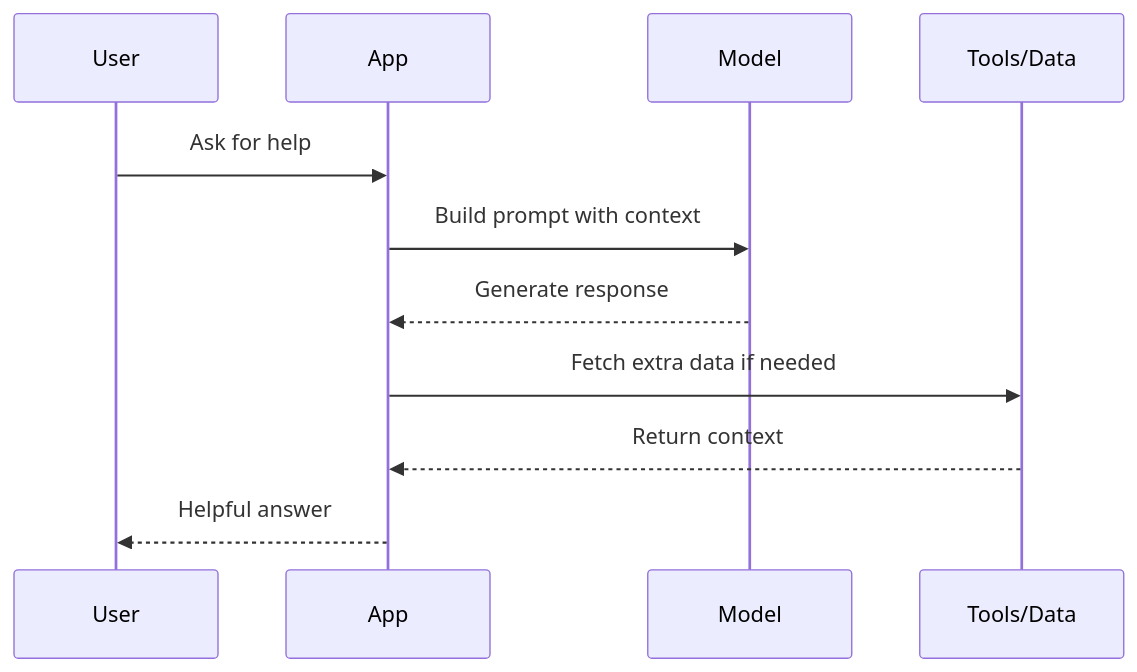
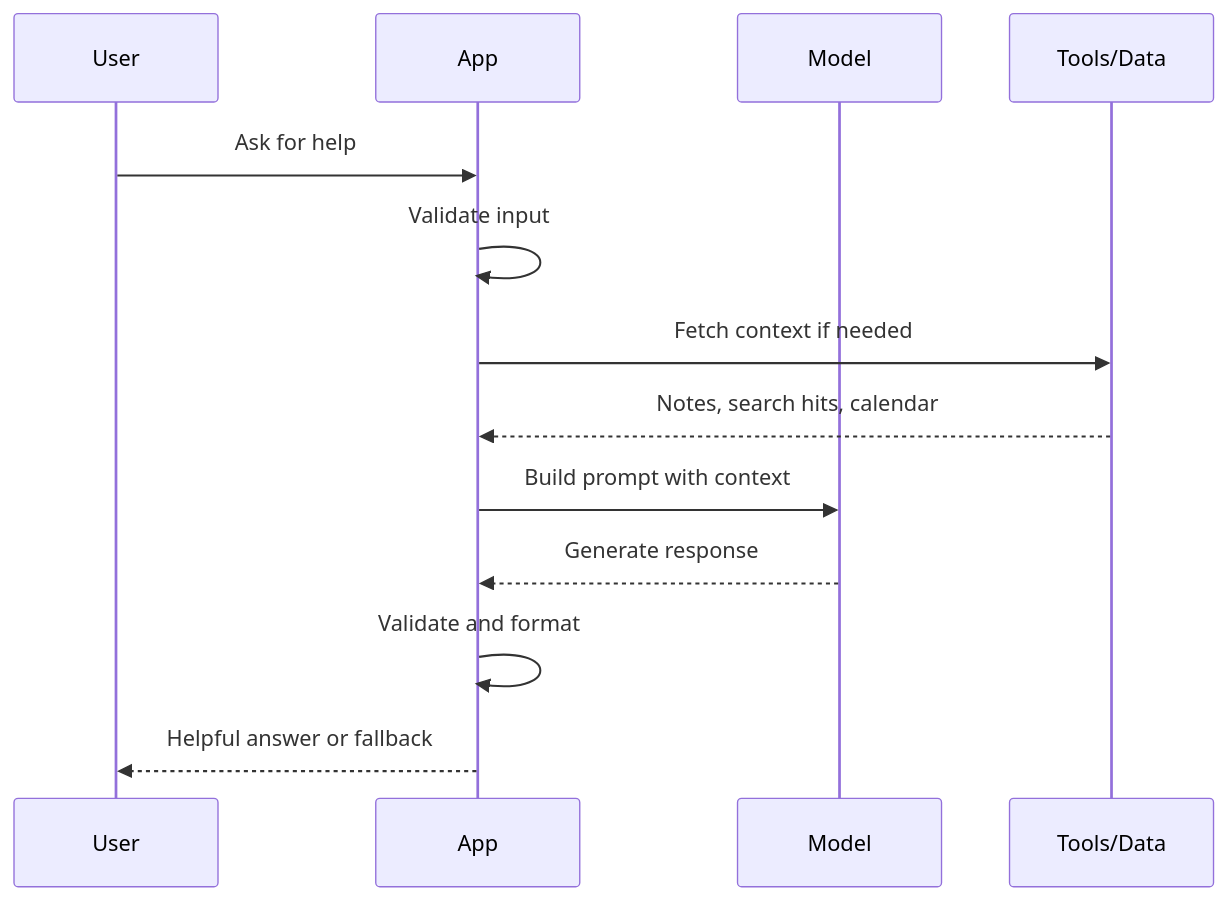
The seventh of 11 diagrams in day_01/day_01_introduction_to_ai_engineering.md (Asabeneh/30-Days-Of-AI-Engineering), drawn with Mermaid before and after one commit. The commit also changed other lines of this file and 49 other files, not shown here.

````diff
--- a/day_01/day_01_introduction_to_ai_engineering.md
+++ b/day_01/day_01_introduction_to_ai_engineering.md
@@ -150,14 +321,16 @@
 ```mermaid
 sequenceDiagram
     participant U as User
     participant A as App
     participant M as Model
     participant T as Tools/Data
 
     U->>A: Ask for help
+    A->>A: Validate input
+    A->>T: Fetch context if needed
+    T-->>A: Notes, search hits, calendar
     A->>M: Build prompt with context
     M-->>A: Generate response
-    A->>T: Fetch extra data if needed
-    T-->>A: Return context
-    A-->>U: Helpful answer
+    A->>A: Validate and format
+    A-->>U: Helpful answer or fallback
 ```
````
